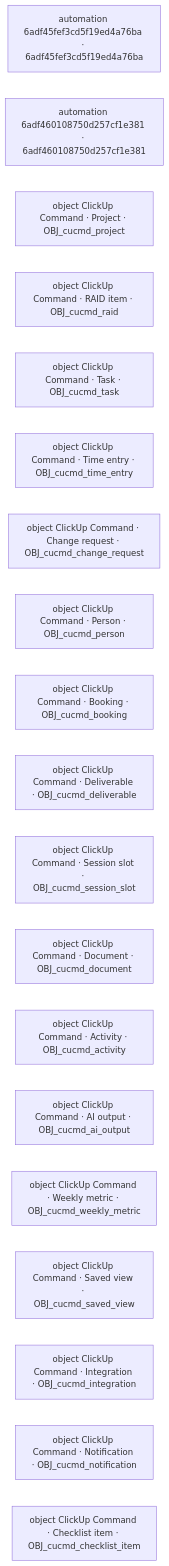
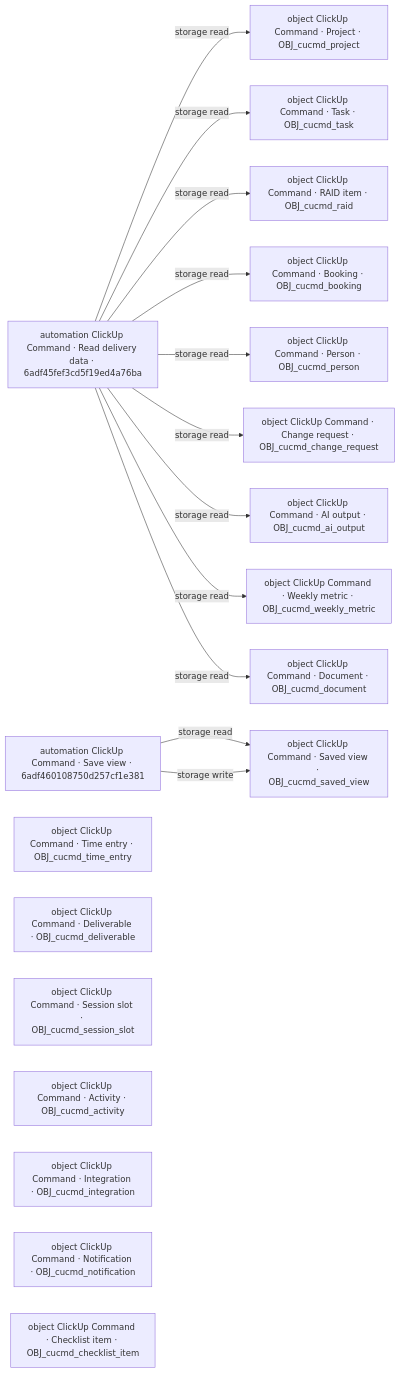
Before and after one commit to gouravUnifyapps/all-demo-foders: the diagram in clickup/clickup-delivery-command-dashboard/.nebula/solution-chart.md, drawn with Mermaid. The commit also changed 7 other files, not shown here.

Commit message:
clickup/clickup-delivery-command-dashboard: after session 402e0464-c1ba-5334-8b57-9ece89217092 (POC POC-clickup-delivery-command-dashboard-20261026)

````diff
--- a/clickup/clickup-delivery-command-dashboard/.nebula/solution-chart.md
+++ b/clickup/clickup-delivery-command-dashboard/.nebula/solution-chart.md
@@ -3,22 +3,33 @@
 ```mermaid
 flowchart LR
-  n1["automation 6adf45fef3cd5f19ed4a76ba · 6adf45fef3cd5f19ed4a76ba"]
-  n2["automation 6adf460108750d257cf1e381 · 6adf460108750d257cf1e381"]
+  n1["automation ClickUp Command · Read delivery data · 6adf45fef3cd5f19ed4a76ba"]
+  n2["automation ClickUp Command · Save view · 6adf460108750d257cf1e381"]
   n3["object ClickUp Command · Project · OBJ_cucmd_project"]
   n4["object ClickUp Command · RAID item · OBJ_cucmd_raid"]
   n5["object ClickUp Command · Task · OBJ_cucmd_task"]
   n6["object ClickUp Command · Time entry · OBJ_cucmd_time_entry"]
   n7["object ClickUp Command · Change request · OBJ_cucmd_change_request"]
   n8["object ClickUp Command · Person · OBJ_cucmd_person"]
   n9["object ClickUp Command · Booking · OBJ_cucmd_booking"]
   n10["object ClickUp Command · Deliverable · OBJ_cucmd_deliverable"]
   n11["object ClickUp Command · Session slot · OBJ_cucmd_session_slot"]
   n12["object ClickUp Command · Document · OBJ_cucmd_document"]
   n13["object ClickUp Command · Activity · OBJ_cucmd_activity"]
   n14["object ClickUp Command · AI output · OBJ_cucmd_ai_output"]
   n15["object ClickUp Command · Weekly metric · OBJ_cucmd_weekly_metric"]
   n16["object ClickUp Command · Saved view · OBJ_cucmd_saved_view"]
   n17["object ClickUp Command · Integration · OBJ_cucmd_integration"]
   n18["object ClickUp Command · Notification · OBJ_cucmd_notification"]
   n19["object ClickUp Command · Checklist item · OBJ_cucmd_checklist_item"]
+  n1 -->|storage read| n3
+  n1 -->|storage read| n5
+  n1 -->|storage read| n4
+  n1 -->|storage read| n9
+  n1 -->|storage read| n8
+  n1 -->|storage read| n7
+  n1 -->|storage read| n14
+  n1 -->|storage read| n15
+  n1 -->|storage read| n12
+  n2 -->|storage read| n16
+  n2 -->|storage write| n16
 ```
````
